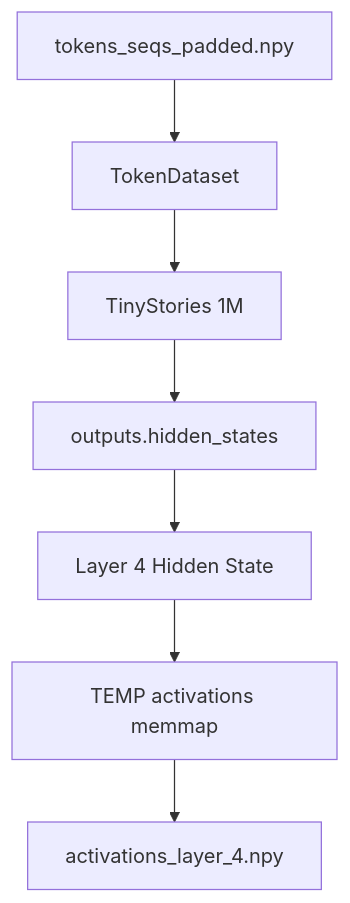
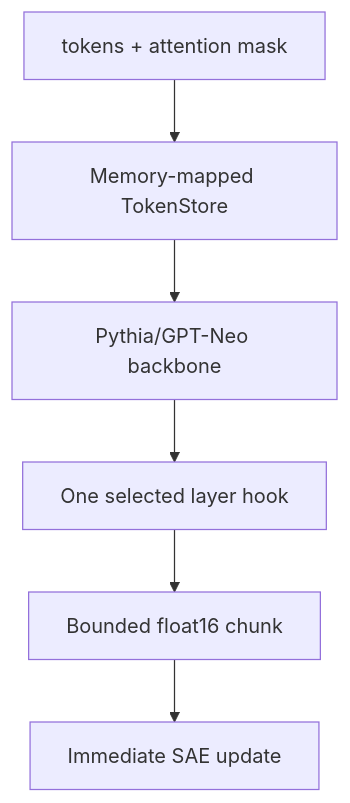
The fourth of 13 diagrams in architecture.md (ErykMikolajek/llms-facts-representation), drawn with Mermaid before and after one commit. The commit also changed other lines of this file and 11 other files, not shown here.

````diff
--- a/architecture.md
+++ b/architecture.md
@@ -61,9 +94,8 @@
 ```mermaid
 flowchart TD
-  tokensNpy["tokens_seqs_padded.npy"] --> tokenDataset["TokenDataset"]
-  tokenDataset --> baseModel["TinyStories 1M"]
-  baseModel --> hiddenStates["outputs.hidden_states"]
-  hiddenStates --> layer4["Layer 4 Hidden State"]
-  layer4 --> activationMemmap["TEMP activations memmap"]
-  activationMemmap --> activationsNpy["activations_layer_4.npy"]
+  tokensNpy["tokens + attention mask"] --> tokenDataset["Memory-mapped TokenStore"]
+  tokenDataset --> baseModel["Pythia/GPT-Neo backbone"]
+  baseModel --> layerHook["One selected layer hook"]
+  layerHook --> boundedChunk["Bounded float16 chunk"]
+  boundedChunk --> saeTraining["Immediate SAE update"]
 ```
````
